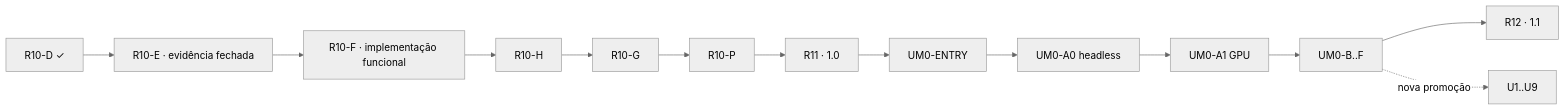
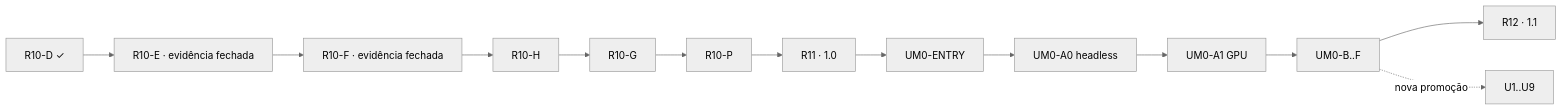
The diagram in docs/planning/ROADMAP.md (blightghp/blightghp), drawn with Mermaid (neutral theme) before and after one commit. The commit also changed other lines of this file and 10 other files, not shown here.

````diff
--- a/docs/planning/ROADMAP.md
+++ b/docs/planning/ROADMAP.md
@@ -73,8 +73,8 @@
 ```mermaid
 flowchart LR
-    D["R10-D ✓"] --> E["R10-E · evidência fechada"] --> F["R10-F · implementação funcional"] --> H["R10-H"]
+    D["R10-D ✓"] --> E["R10-E · evidência fechada"] --> F["R10-F · evidência fechada"] --> H["R10-H"]
     H --> G["R10-G"] --> P["R10-P"] --> R11["R11 · 1.0"]
     R11 --> ENTRY["UM0-ENTRY"] --> A0["UM0-A0 headless"] --> A1["UM0-A1 GPU"]
     A1 --> UM0["UM0-B..F"] --> R12["R12 · 1.1"]
     UM0 -. "nova promoção" .-> UH["U1..U9"]
 ```
````
